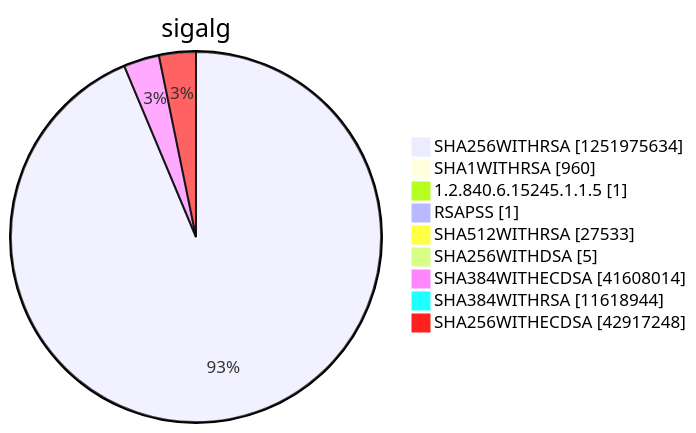
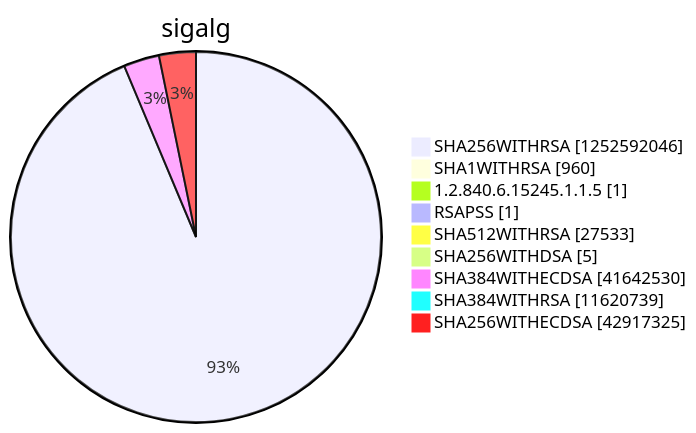
One commit to christiankrug/ctmonitor_visualization changed diagram 15 of 15 in argon2022/README.md. Above: the diagram before and after it, drawn with Mermaid. The commit also changed other lines of this file, not shown here.

````diff
--- a/argon2022/README.md
+++ b/argon2022/README.md
@@ -5522,13 +5522,13 @@
 ```mermaid
 pie showData
 title sigalg
-"SHA256WITHRSA" :1251975634
+"SHA256WITHRSA" :1252592046
 "SHA1WITHRSA" :960
 "1.2.840.6.15245.1.1.5" :1
 "RSAPSS" :1
 "SHA512WITHRSA" :27533
 "SHA256WITHDSA" :5
-"SHA384WITHECDSA" :41608014
-"SHA384WITHRSA" :11618944
-"SHA256WITHECDSA" :42917248
+"SHA384WITHECDSA" :41642530
+"SHA384WITHRSA" :11620739
+"SHA256WITHECDSA" :42917325
 ```
````
